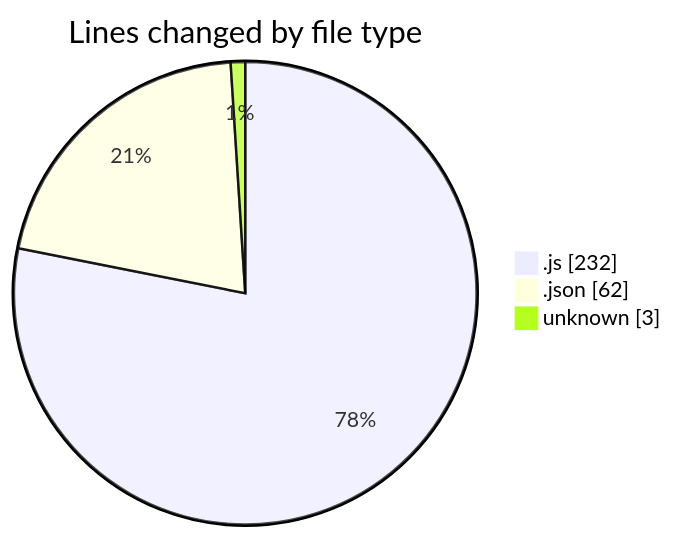
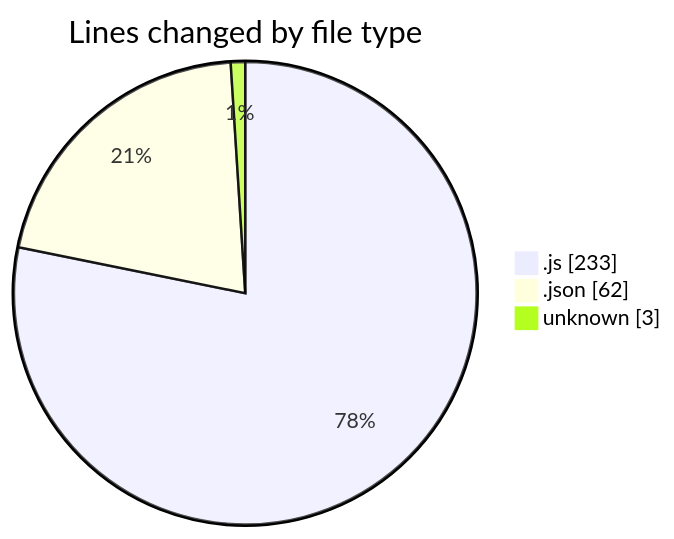
The first of 2 diagrams in 2025-07-02/mern-thinkboard/README.md (Ritupan-Deka/code-tracking), drawn with Mermaid before and after one commit. The commit also changed other lines of this file and 1 other file, not shown here.

````diff
--- a/2025-07-02/mern-thinkboard/README.md
+++ b/2025-07-02/mern-thinkboard/README.md
@@ -27,7 +27,7 @@
 ```mermaid
 pie showData
 title Lines changed by file type
-".js" : 232
+".js" : 233
 ".json" : 62
 "unknown" : 3
 ```
````
